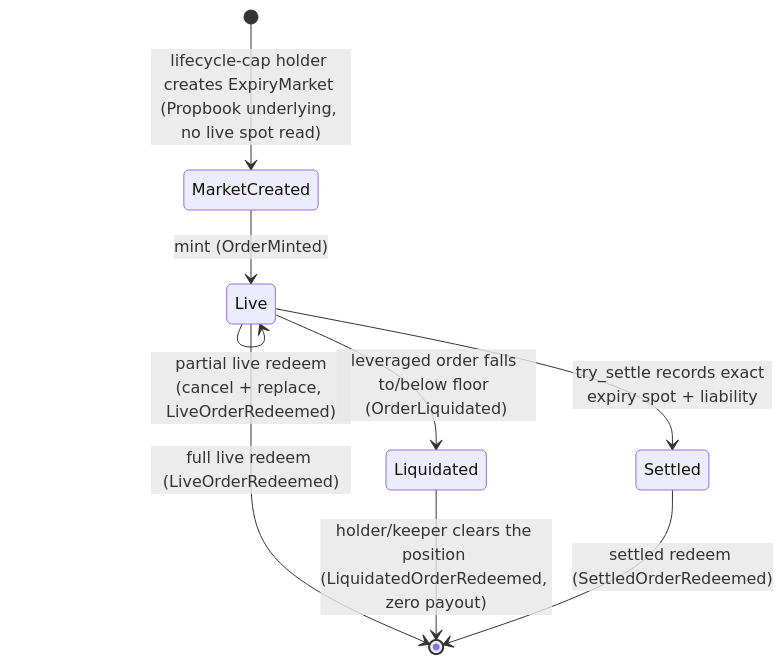
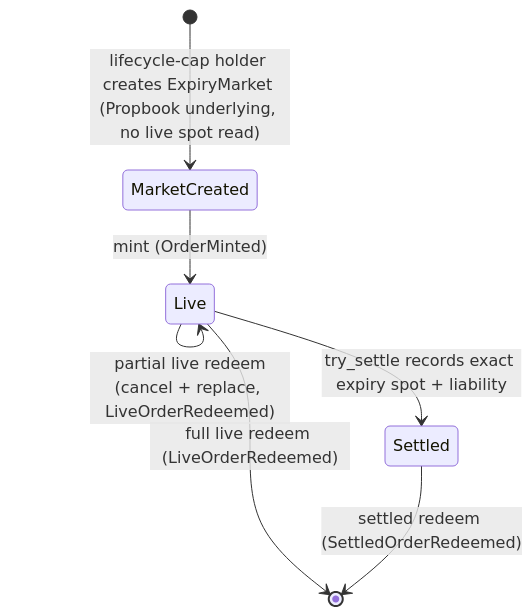
One commit to MystenLabs/deepbookv3 changed the diagram in packages/predict/docs/overview.md. Above: the diagram before and after it, drawn with Mermaid. The commit also changed other lines of this file and 84 other files, not shown here.

````diff
--- a/packages/predict/docs/overview.md
+++ b/packages/predict/docs/overview.md
@@ -50,11 +46,9 @@
 ```mermaid
 stateDiagram-v2
   [*] --> MarketCreated: lifecycle-cap holder creates ExpiryMarket (Propbook underlying, no live spot read)
   MarketCreated --> Live: mint (OrderMinted)
   Live --> Live: partial live redeem<br/>(cancel + replace, LiveOrderRedeemed)
   Live --> [*]: full live redeem (LiveOrderRedeemed)
-  Live --> Liquidated: leveraged order falls to/below floor (OrderLiquidated)
-  Liquidated --> [*]: holder/keeper clears the position (LiquidatedOrderRedeemed, zero payout)
   Live --> Settled: try_settle records exact expiry spot + liability
   Settled --> [*]: settled redeem (SettledOrderRedeemed)
 ```
````
